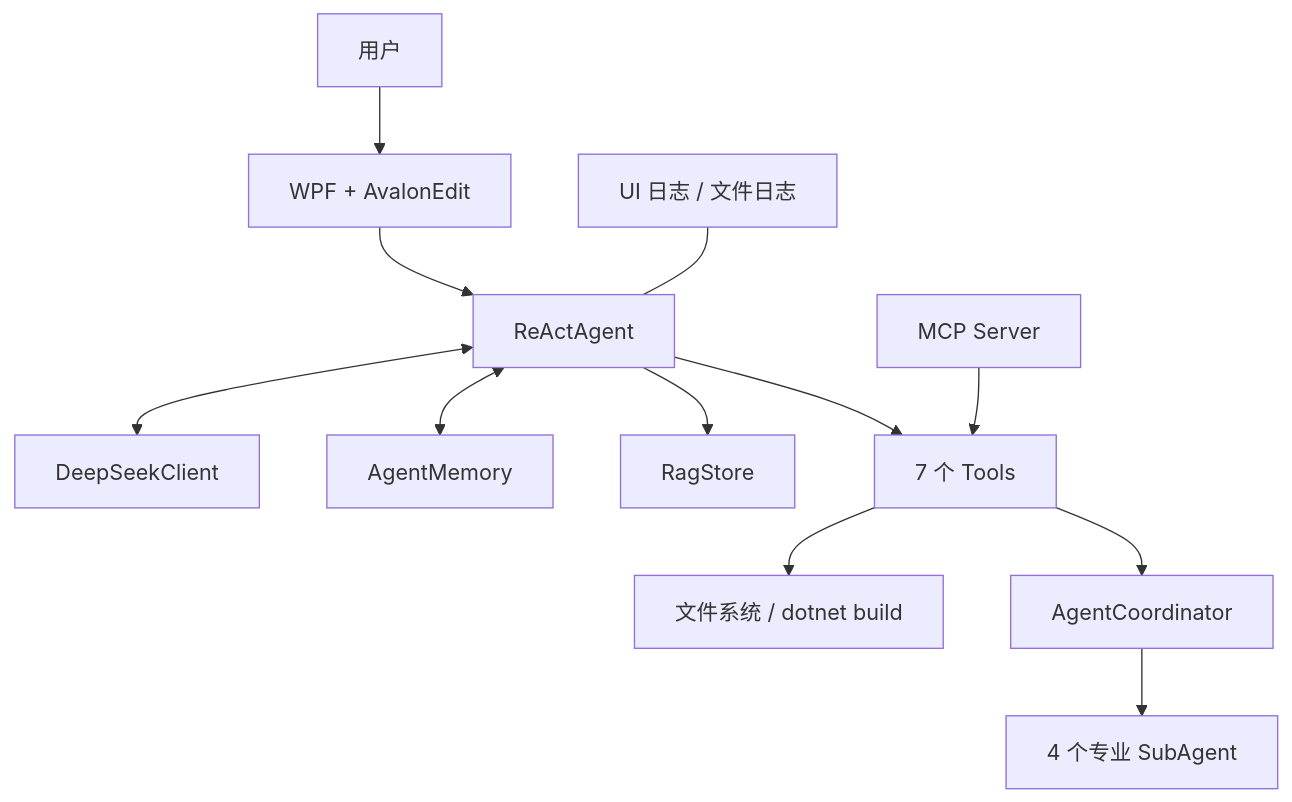
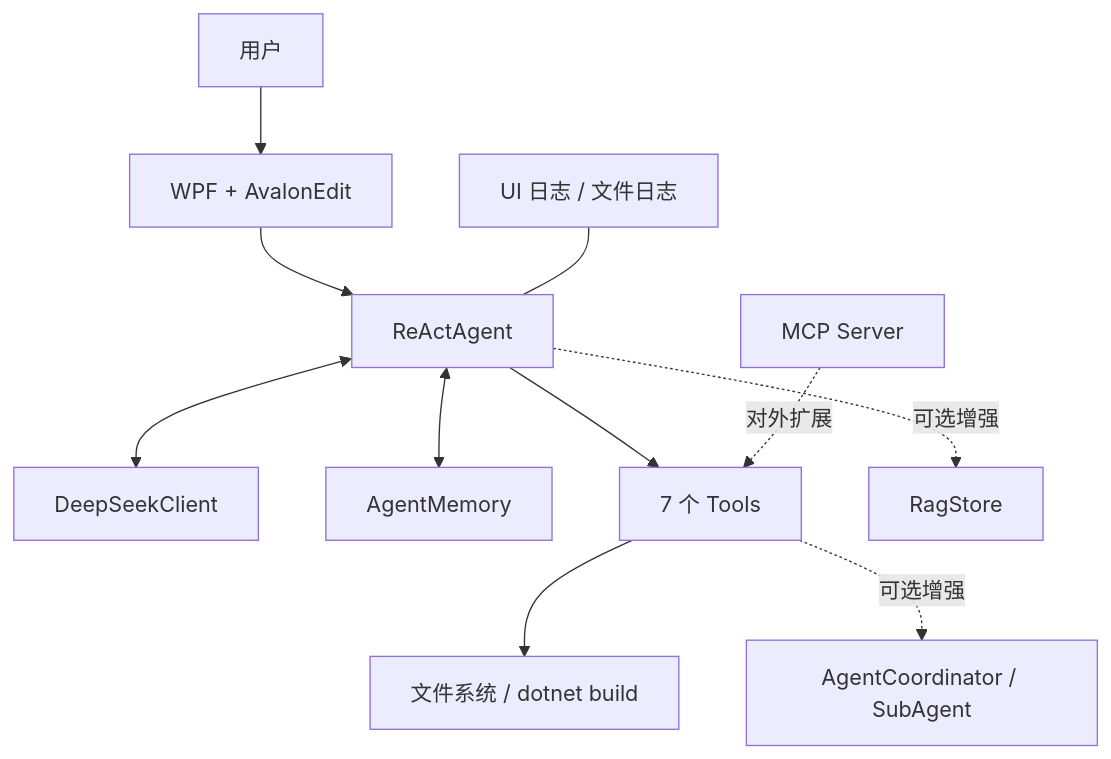
One commit to dyz111-ai/MiniCursorAgent changed the first of 2 diagrams in docs/MiniCursorAgent_答辩PPT大纲与逐页讲稿.md. Above: the diagram before and after it, drawn with Mermaid. The commit also changed other lines of this file and 2 other files, not shown here.

````diff
--- a/docs/MiniCursorAgent_答辩PPT大纲与逐页讲稿.md
+++ b/docs/MiniCursorAgent_答辩PPT大纲与逐页讲稿.md
@@ -117,14 +118,13 @@
 ```mermaid
 flowchart TB
     U[用户] --> UI[WPF + AvalonEdit]
     UI --> A[ReActAgent]
     A <--> L[DeepSeekClient]
     A <--> M[AgentMemory]
-    A --> R[RagStore]
     A --> T[7 个 Tools]
     T --> F[文件系统 / dotnet build]
-    T --> C[AgentCoordinator]
-    C --> S[4 个专业 SubAgent]
-    MCP[MCP Server] --> T
     LOG[UI 日志 / 文件日志] --- A
+    A -.可选增强.-> R[RagStore]
+    T -.可选增强.-> C[AgentCoordinator / SubAgent]
+    MCP[MCP Server] -.对外扩展.-> T
 ```
````
